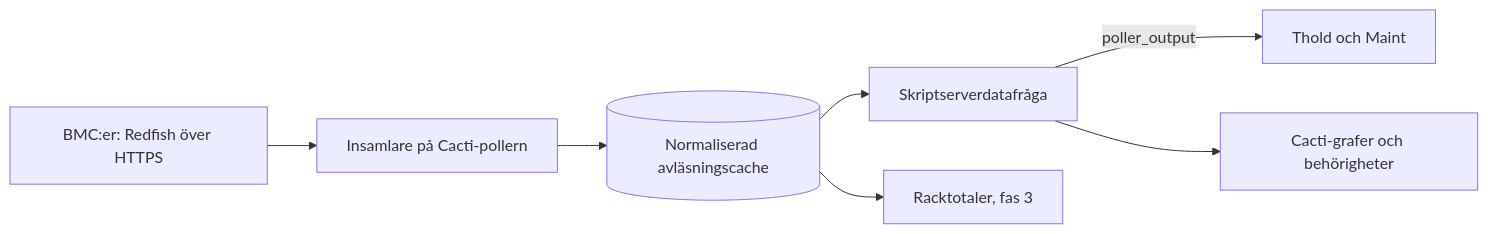
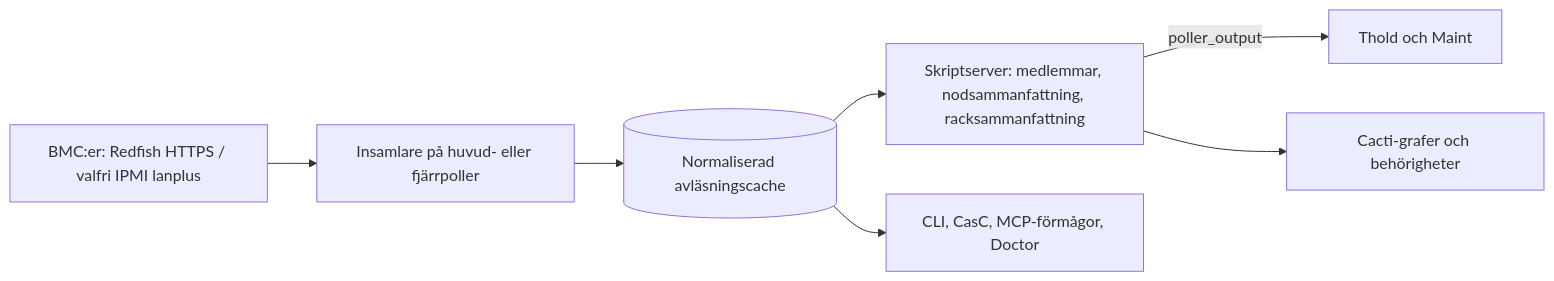
Before and after one commit to somethingwithproof/plugin_redfish: the diagram in docs/i18n/sv-SE/README.md, drawn with Mermaid. The commit also changed other lines of this file and 47 other files, not shown here.

````diff
--- a/docs/i18n/sv-SE/README.md
+++ b/docs/i18n/sv-SE/README.md
@@ -100,9 +140,9 @@
 ```mermaid
 flowchart LR
-    BMC[BMC:er: Redfish över HTTPS] --> C[Insamlare på Cacti-pollern]
+    BMC["BMC:er: Redfish HTTPS / valfri IPMI lanplus"] --> C["Insamlare på huvud- eller fjärrpoller"]
     C --> CACHE[(Normaliserad avläsningscache)]
-    CACHE --> SS[Skriptserverdatafråga]
+    CACHE --> SS["Skriptserver: medlemmar, nodsammanfattning, racksammanfattning"]
     SS -->|poller_output| T[Thold och Maint]
     SS --> G[Cacti-grafer och behörigheter]
-    CACHE --> R[Racktotaler, fas 3]
+    CACHE --> ECO["CLI, CasC, MCP-förmågor, Doctor"]
 ```
````
